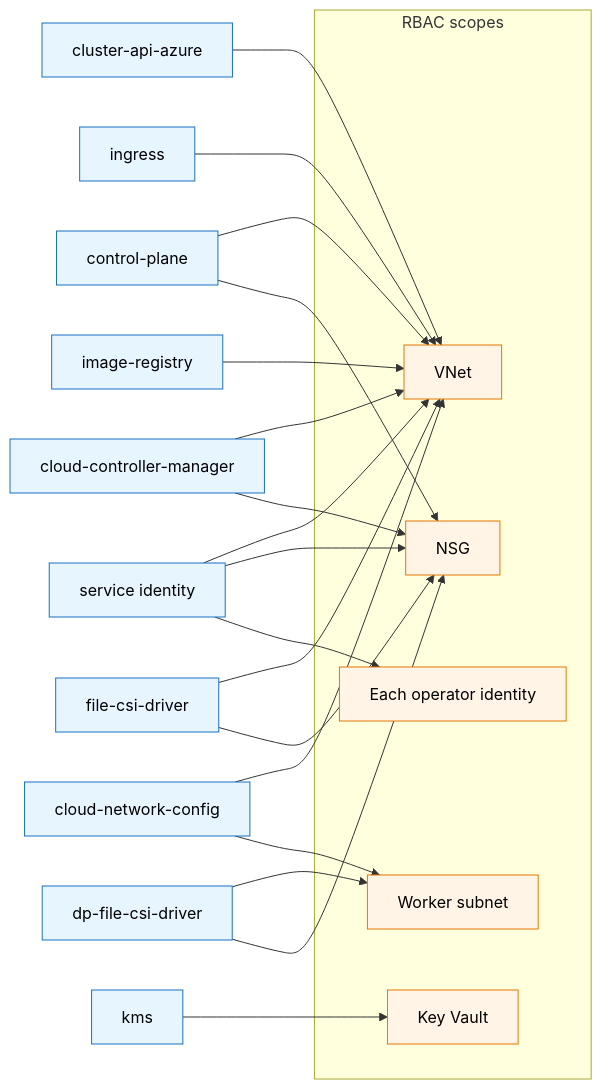
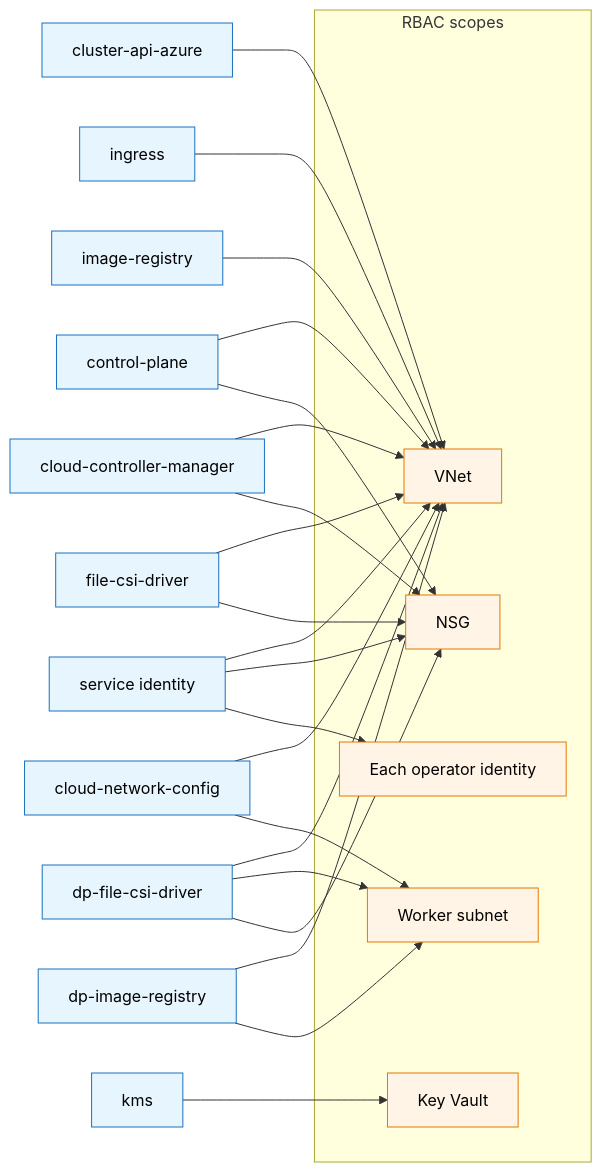
The seventh of 13 diagrams in docs/architecture.md (rh-mobb/validated-pattern-aro-hcp), drawn with Mermaid before and after one commit. The commit also changed other lines of this file and 9 other files, not shown here.

````diff
--- a/docs/architecture.md
+++ b/docs/architecture.md
@@ -596,34 +599,37 @@
 ```mermaid
 flowchart LR
     subgraph scopes["RBAC scopes"]
         vnet["VNet"]
         nsg["NSG"]
         subnet["Worker subnet"]
         kv["Key Vault"]
         mi["Each operator identity"]
     end
 
     svc["service identity"] --> vnet
     svc --> nsg
     svc --> mi
 
     capi["cluster-api-azure"] --> vnet
     cpo["control-plane"] --> vnet
     cpo --> nsg
     ccm["cloud-controller-manager"] --> vnet
     ccm --> nsg
     ing["ingress"] --> vnet
     file["file-csi-driver"] --> vnet
     file --> nsg
     img["image-registry"] --> vnet
     net["cloud-network-config"] --> vnet
     net --> subnet
     kms["kms"] --> kv
-    dpFile["dp-file-csi-driver"] --> subnet
+    dpFile["dp-file-csi-driver"] --> vnet
+    dpFile --> subnet
     dpFile --> nsg
+    dpImg["dp-image-registry"] --> vnet
+    dpImg --> subnet
 
     classDef fillScope fill:#fff4e6,stroke:#e67700,color:#000
     classDef fillId fill:#e7f5ff,stroke:#1971c2,color:#000
     class vnet,nsg,subnet,kv,mi fillScope
-    class svc,capi,cpo,ccm,ing,file,img,net,kms,dpFile fillId
+    class svc,capi,cpo,ccm,ing,file,img,net,kms,dpFile,dpImg fillId
 ```
````
